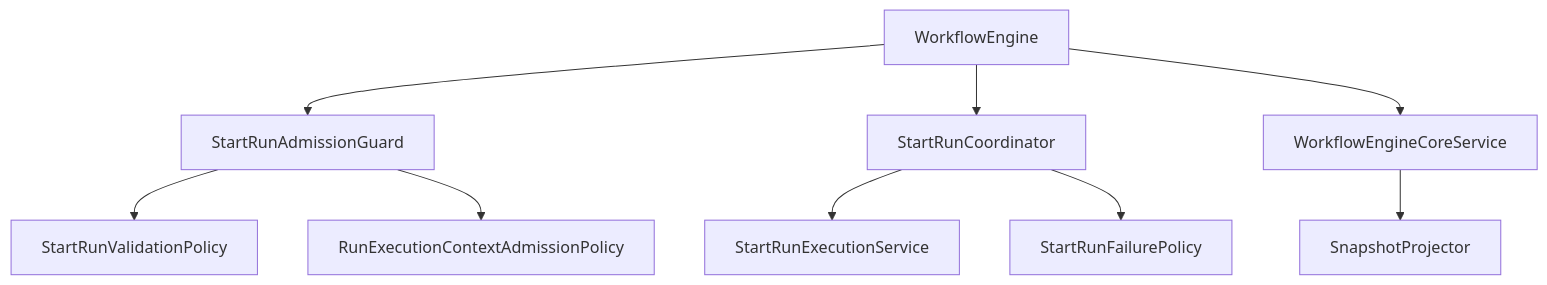
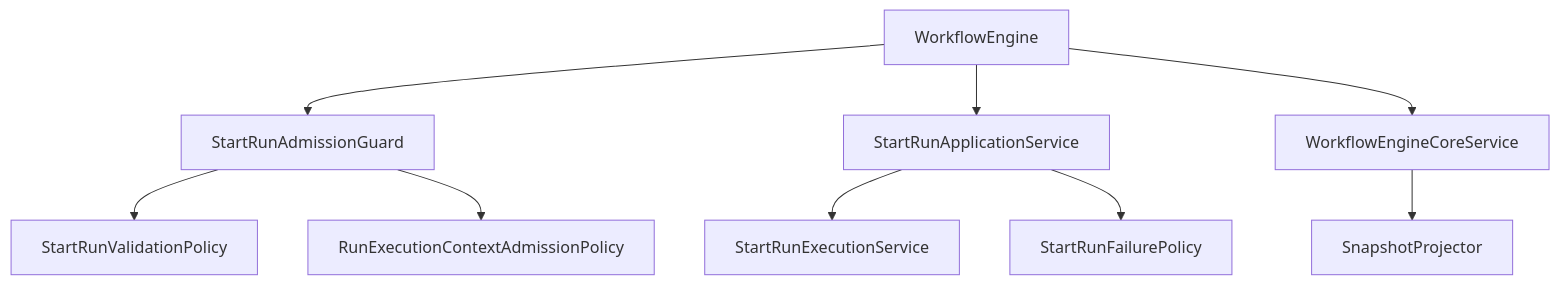
One commit to dunay2/dvt changed the second of 5 diagrams in docs/architecture/components/engine/architecture/workflow-engine-subsystem-context.md. Above: the diagram before and after it, drawn with Mermaid. The commit also changed other lines of this file and 7 other files, not shown here.

Commit message:
docs(docs): Align engine architecture surface documentation

````diff
--- a/docs/architecture/components/engine/architecture/workflow-engine-subsystem-context.md
+++ b/docs/architecture/components/engine/architecture/workflow-engine-subsystem-context.md
@@ -113,11 +121,11 @@
 ```mermaid
 flowchart TB
   WF["WorkflowEngine"] --> Guard["StartRunAdmissionGuard"]
-  WF --> Coord["StartRunCoordinator"]
+  WF --> Coord["StartRunApplicationService"]
   WF --> Core["WorkflowEngineCoreService"]
   Coord --> Exec["StartRunExecutionService"]
   Coord --> Fail["StartRunFailurePolicy"]
   Core --> Projector["SnapshotProjector"]
   Guard --> Validation["StartRunValidationPolicy"]
   Guard --> RunCtxPolicy["RunExecutionContextAdmissionPolicy"]
 ```
````
